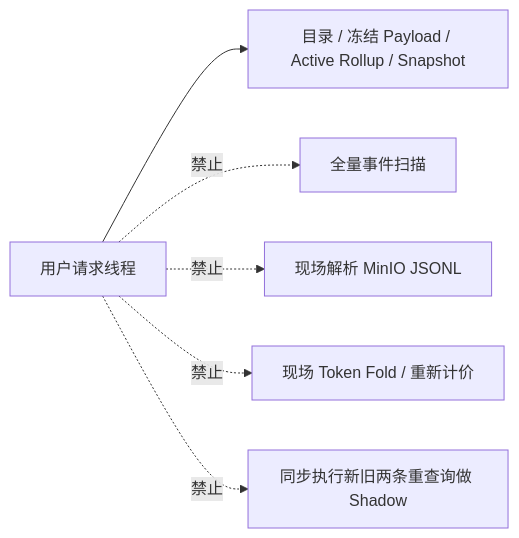
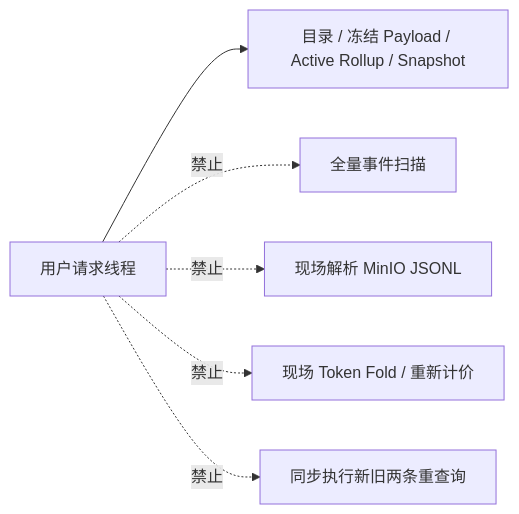
Before and after one commit to intellif-aied/project_manager: diagram 12 of 12 in doc/v2/Session与Token查询性能/08-端到端数据流与状态流转.md, drawn with Mermaid. The commit also changed other lines of this file and 10 other files, not shown here.

````diff
--- a/doc/v2/Session与Token查询性能/08-端到端数据流与状态流转.md
+++ b/doc/v2/Session与Token查询性能/08-端到端数据流与状态流转.md
@@ -493,8 +493,8 @@
 ```mermaid
 flowchart LR
     Q["用户请求线程"] --> GOOD["目录 / 冻结 Payload / Active Rollup / Snapshot"]
     Q -. 禁止 .-> E["全量事件扫描"]
     Q -. 禁止 .-> J["现场解析 MinIO JSONL"]
     Q -. 禁止 .-> P["现场 Token Fold / 重新计价"]
-    Q -. 禁止 .-> S["同步执行新旧两条重查询做 Shadow"]
+    Q -. 禁止 .-> S["同步执行新旧两条重查询"]
 ```
````
